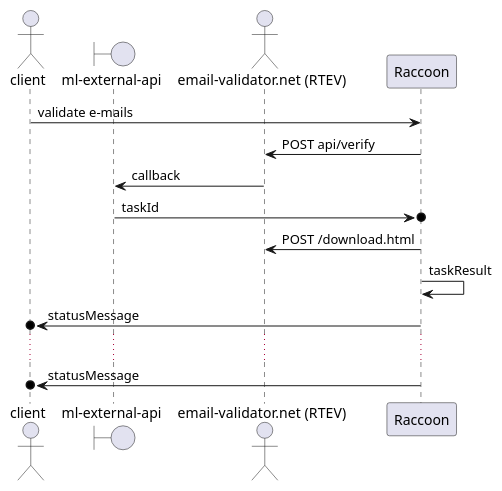
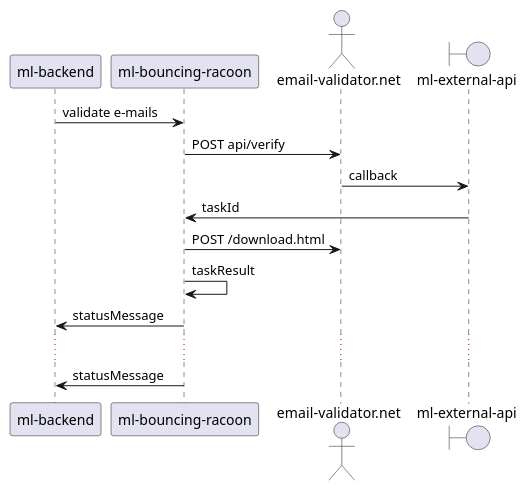
One commit to tomasz-skowronski/ml-bouncing-racoon changed the diagram in doc/sequence.plantuml. Above: the diagram before and after it, drawn with PlantUML. The commit also changed 6 other files, not shown here.

Commit message:
ML-0 add context diagram, refactor other diagrams

```diff
--- a/doc/sequence.plantuml
+++ b/doc/sequence.plantuml
@@ -1,15 +1,16 @@
 @startuml
-actor client
-boundary "ml-external-api"
-actor "email-validator.net (RTEV)" as RTEV
+participant "ml-backend" as MLB
+participant "ml-bouncing-racoon" as BR
+actor "email-validator.net" as RTEV
+boundary "ml-external-api" as API
 
-client -> Raccoon : validate e-mails
-Raccoon -> RTEV : POST api/verify
-RTEV -> "ml-external-api" : callback
-"ml-external-api" ->o Raccoon : taskId
-Raccoon -> RTEV : POST /download.html
-Raccoon -> Raccoon : taskResult
-Raccoon ->o client : statusMessage
+MLB -> BR : validate e-mails
+BR -> RTEV : POST api/verify
+RTEV -> API : callback
+API -> BR : taskId
+BR -> RTEV : POST /download.html
+BR -> BR : taskResult
+BR -> MLB : statusMessage
 ...
-Raccoon ->o client : statusMessage
+BR -> MLB : statusMessage
 @enduml
```
